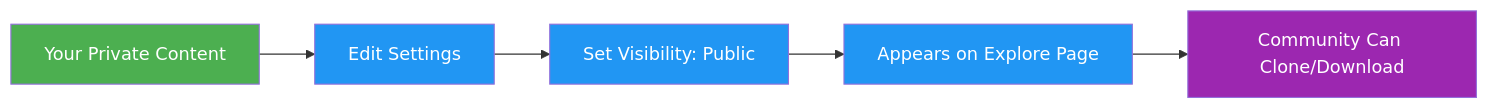
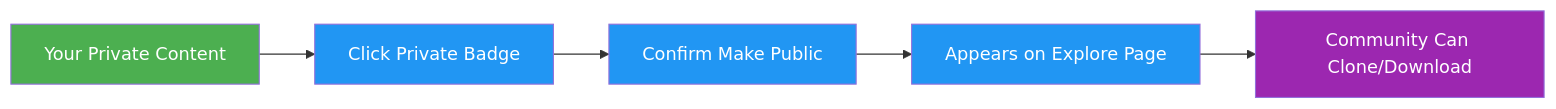
The third of 3 diagrams in docs/en/platform/explore.md (ultralytics/ultralytics), drawn with Mermaid before and after one commit. The commit also changed other lines of this file and 29 other files, not shown here.

````diff
--- a/docs/en/platform/explore.md
+++ b/docs/en/platform/explore.md
@@ -240,11 +232,11 @@
 ```mermaid
 graph LR
-    A[Your Private Content]:::start --> B[Edit Settings]:::proc
-    B --> C[Set Visibility: Public]:::proc
+    A[Your Private Content]:::start --> B[Click Private Badge]:::proc
+    B --> C[Confirm Make Public]:::proc
     C --> D[Appears on Explore Page]:::proc
     D --> E[Community Can Clone/Download]:::out
 
     classDef start fill:#4CAF50,color:#fff
     classDef proc fill:#2196F3,color:#fff
     classDef out fill:#9C27B0,color:#fff
 ```
````
